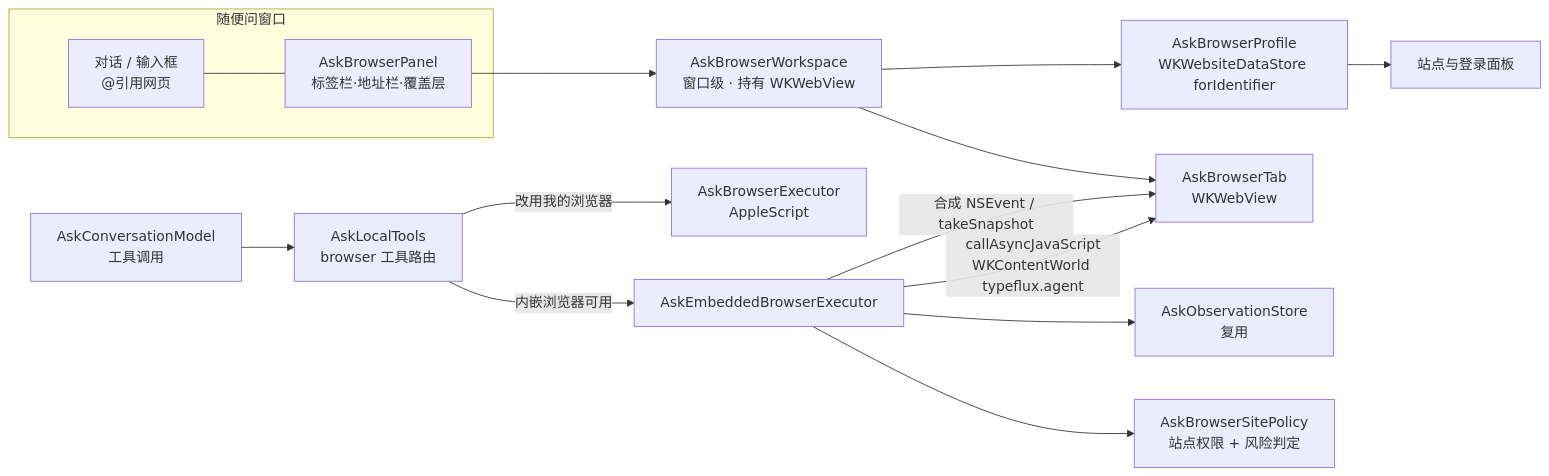
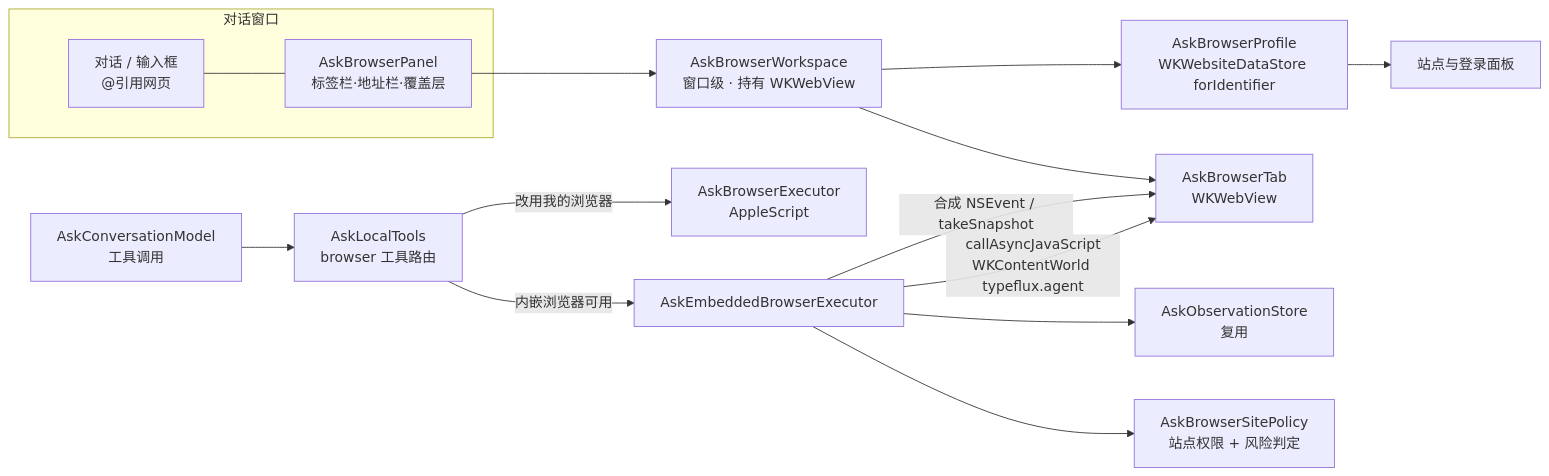
One commit to mylxsw/typeflux changed the first of 2 diagrams in docs/design/ask-embedded-browser.md. Above: the diagram before and after it, drawn with Mermaid. The commit also changed other lines of this file and 57 other files, not shown here.

````diff
--- a/docs/design/ask-embedded-browser.md
+++ b/docs/design/ask-embedded-browser.md
@@ -63,17 +63,17 @@
 ```mermaid
 flowchart LR
-  subgraph Window[随便问窗口]
+  subgraph Window[对话窗口]
     Chat[对话 / 输入框<br/>@引用网页] --- Panel[AskBrowserPanel<br/>标签栏·地址栏·覆盖层]
   end
   Panel --> WS[AskBrowserWorkspace<br/>窗口级 · 持有 WKWebView]
   WS --> Tab1[AskBrowserTab<br/>WKWebView]
   WS --> Profile[AskBrowserProfile<br/>WKWebsiteDataStore forIdentifier]
   Model[AskConversationModel<br/>工具调用] --> Tools[AskLocalTools<br/>browser 工具路由]
   Tools -->|内嵌浏览器可用| Exec[AskEmbeddedBrowserExecutor]
   Tools -->|改用我的浏览器| Legacy[AskBrowserExecutor<br/>AppleScript]
   Exec --> Policy[AskBrowserSitePolicy<br/>站点权限 + 风险判定]
   Exec --> Obs[AskObservationStore<br/>复用]
   Exec -->|callAsyncJavaScript<br/>WKContentWorld typeflux.agent| Tab1
   Exec -->|合成 NSEvent / takeSnapshot| Tab1
   Profile --> Sites[站点与登录面板]
 ```
````
